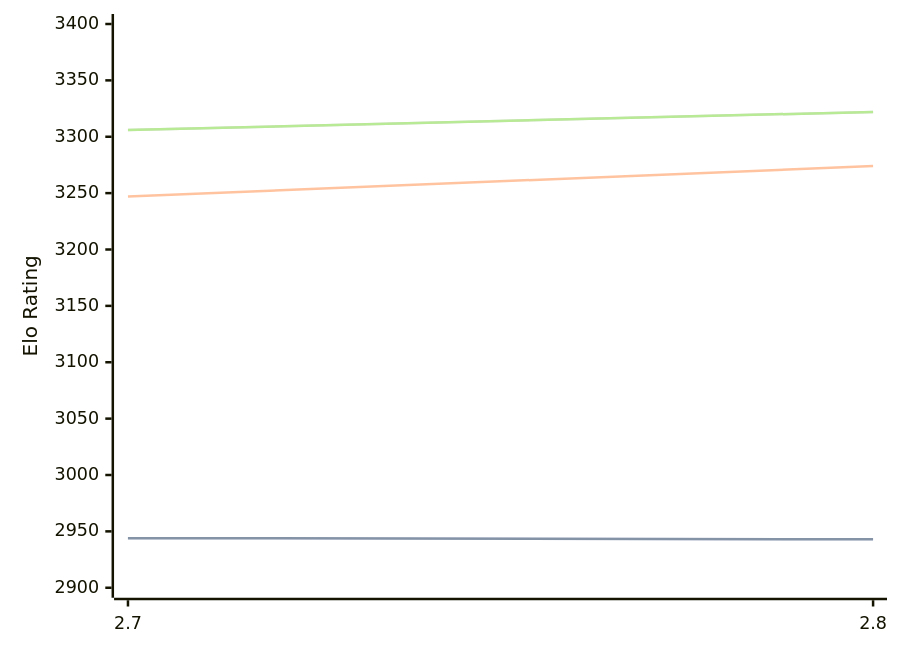
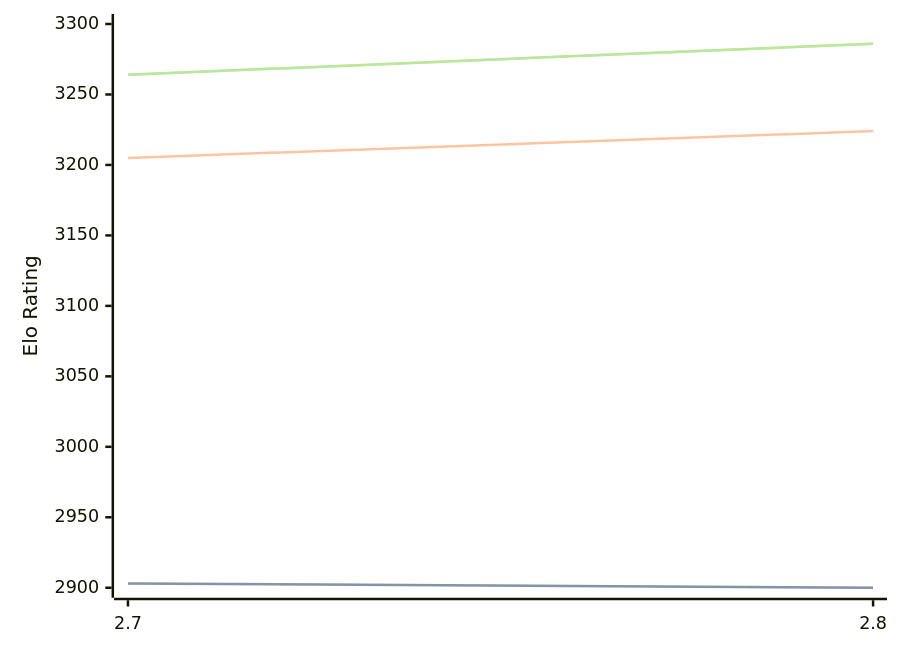
The diagram in engines/Arcanum.md (computer-chess-index/cci), drawn with Mermaid before and after one commit. The commit also changed other lines of this file, not shown here.

Commit message:
Update CCI Ratings (ELO VLTC) - 2026-05-19

````diff
--- a/engines/Arcanum.md
+++ b/engines/Arcanum.md
@@ -44,11 +44,11 @@
 ```mermaid
 %%{init: {"theme":"base","themeVariables":{"seriesColors:['#a3a3a3','#222221','#faa371']}}}%%
 xychart-beta
   x-axis ["2.7", "2.8"]
-  y-axis "Elo Rating" 2900 --> 3400
-  line "STC (8.0+0.08s)" [2944, 2943]
-  line "STC (8.0+0.08s)" [2944, 2943]
-  line "LTC (60.0+0.60s)" [3247, 3274]
-  line "VLTC (2m24s+1.12s)" [3306, 3322]
-  line "VLTC (2m24s+1.12s)" [3306, 3322]
+  y-axis "Elo Rating" 2900 --> 3300
+  line "STC (8.0+0.08s)" [2903, 2900]
+  line "STC (8.0+0.08s)" [2903, 2900]
+  line "LTC (60.0+0.60s)" [3205, 3224]
+  line "VLTC (2m24s+1.12s)" [3264, 3286]
+  line "VLTC (2m24s+1.12s)" [3264, 3286]
 ```
````
